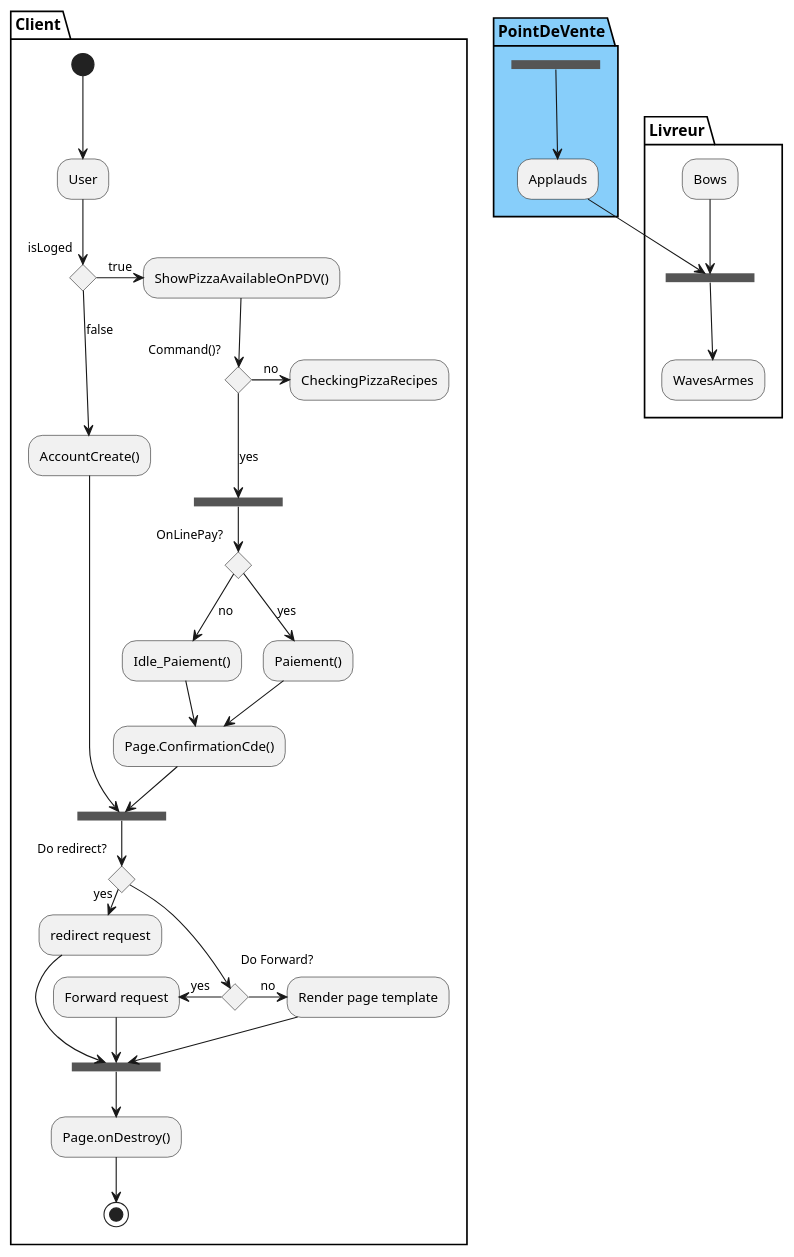
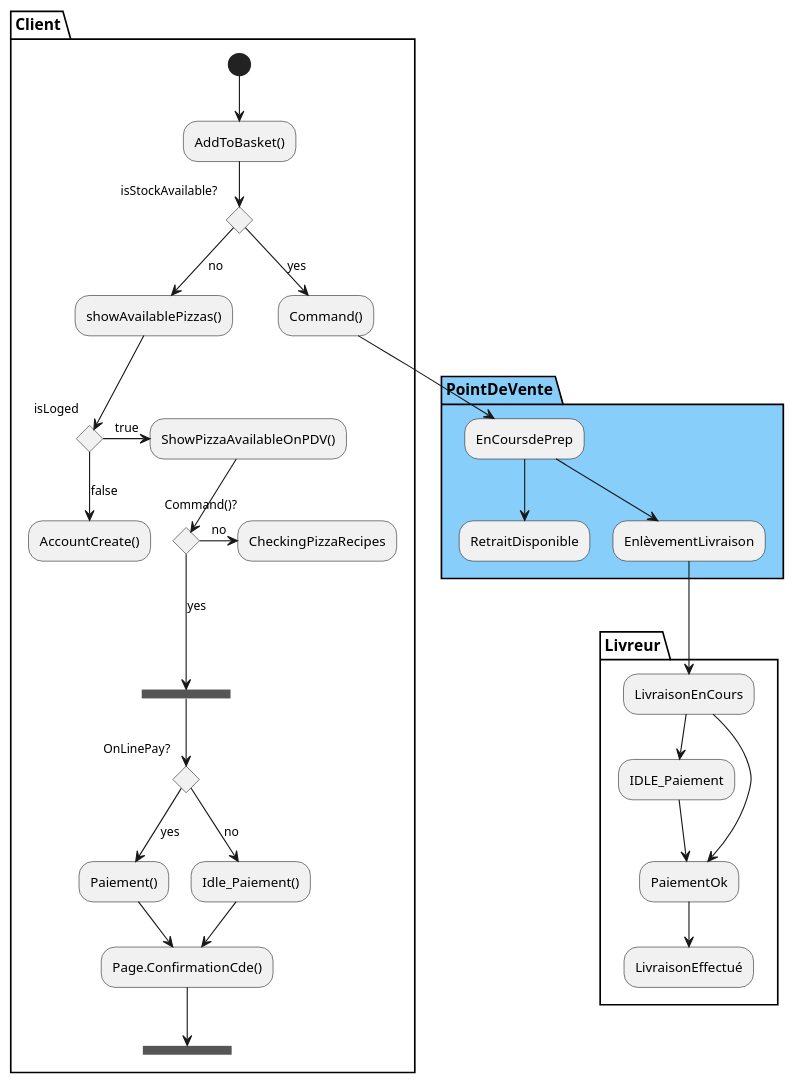
The diagram in uml/src/workflow-diagram.puml (rvallet/oc-pizza), drawn with PlantUML before and after one commit. The commit also changed 4 other files, not shown here.

```diff
--- a/uml/src/workflow-diagram.puml
+++ b/uml/src/workflow-diagram.puml
@@ -1,89 +1,82 @@
 @startuml
 /'
 http://plantuml.com/fr/activity-diagram-legacy
 https://github.com/NanroYahel/P4_Analyse-besoins-pizzerias/blob/master/Livrables/OC%20PIZZA.pdf
 '/
 partition Client {
-  (*) --> "User"
+  (*) --> "AddToBasket()"
+  if "isStockAvailable?" then
+  -->[yes] "Command()"
+  else
+  -->[no] "showAvailablePizzas()"
+
 if "isLoged" then
   ->[true] "ShowPizzaAvailableOnPDV()"
 
   if "Command()?" then
    ->[no] "CheckingPizzaRecipes"
    else
       -->[yes] ===ORDERING===
      endif
 
      if "OnLinePay?" then
    	-->[yes] "Paiement()"
-   	--> "Page.ConfirmationCde()" as render
+   	--> "Page.ConfirmationCde()" as CMD
    	--> ===PREPARE_ORDER===
      else
    	-->[no] "Idle_Paiement()"
-   	--> render
+   	--> CMD
      endif
 
    else
      -->[false] "AccountCreate()"
-     --> ===PREPARE_ORDER===
    endif
-
-   if "Do redirect?" then
-    ->[yes] "redirect request"
-    --> ==BEFORE_DESTROY===
-   else
-    if "Do Forward?" then
-     -left->[yes] "Forward request"
-     --> ==BEFORE_DESTROY===
-    else
-     -right->[no] "Render page template"
-     --> ==BEFORE_DESTROY===
-    endif
-   endif
-
-   --> "Page.onDestroy()"
-   -->(*)
 }
 
 partition PointDeVente #LightSkyBlue {
-  === S1 === --> Applauds
+  "Command()" --> EnCoursdePrep
+  EnCoursdePrep --> RetraitDisponible
+  EnCoursdePrep --> EnlèvementLivraison
 }
 
 partition Livreur {
-  Bows --> === S2 ===
-  --> WavesArmes
-  Applauds --> === S2 ===
+  EnlèvementLivraison --> LivraisonEnCours
+  LivraisonEnCours --> IDLE_Paiement
+  IDLE_Paiement --> PaiementOk
+  LivraisonEnCours --> PaiementOk
+  PaiementOk --> LivraisonEffectué
+
 }
 
 
 
 /'(*)  --> "check input"
 If "input is verbose" then
 --> [Yes] "turn on verbosity"
 --> "run command"
 else
 --> "run command"
 Endif
 -->(*)
 
 partition Conductor {
   (*) --> "Climbs on Platform"
   --> === S1 ===
   --> Bows
 }
 
 partition Audience #LightSkyBlue {
   === S1 === --> Applauds
 }
 
 partition Conductor {
   Bows --> === S2 ===
   --> WavesArmes
   Applauds --> === S2 ===
 }
 
 partition Orchestra #CCCCEE {
   WavesArmes --> Introduction
   --> "Play music"
 }'/
 @enduml
```
